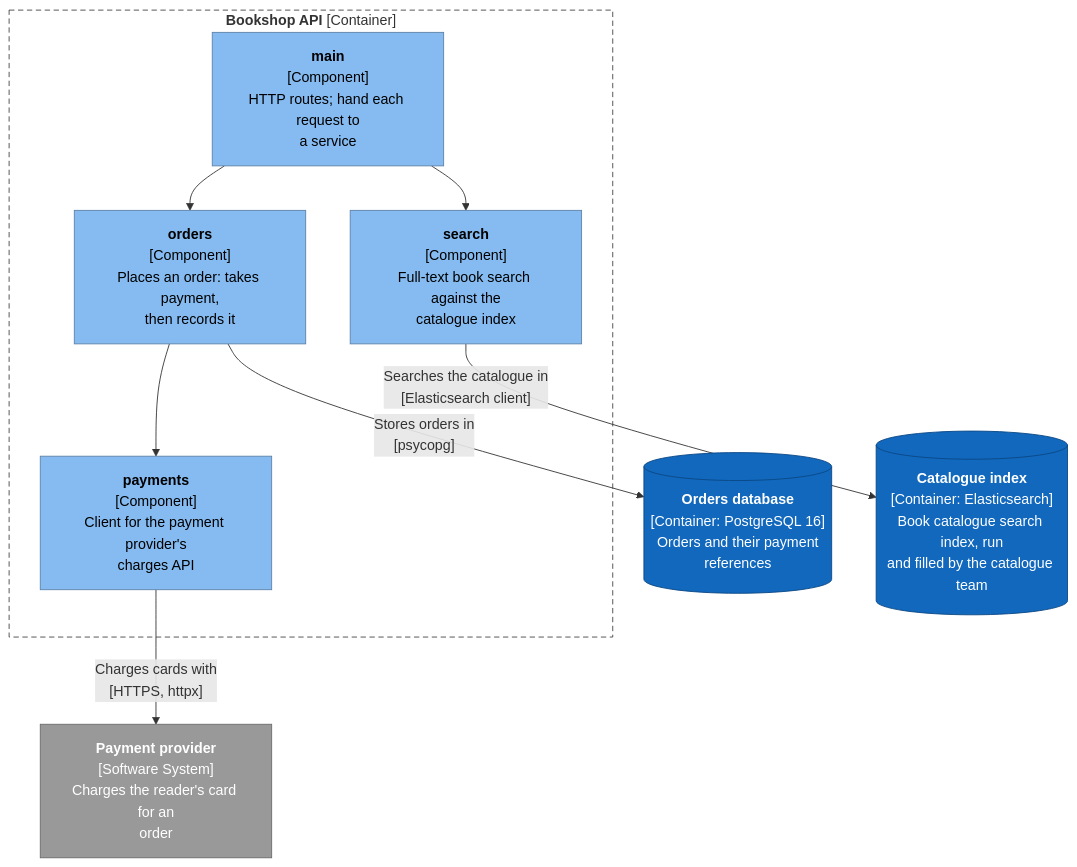
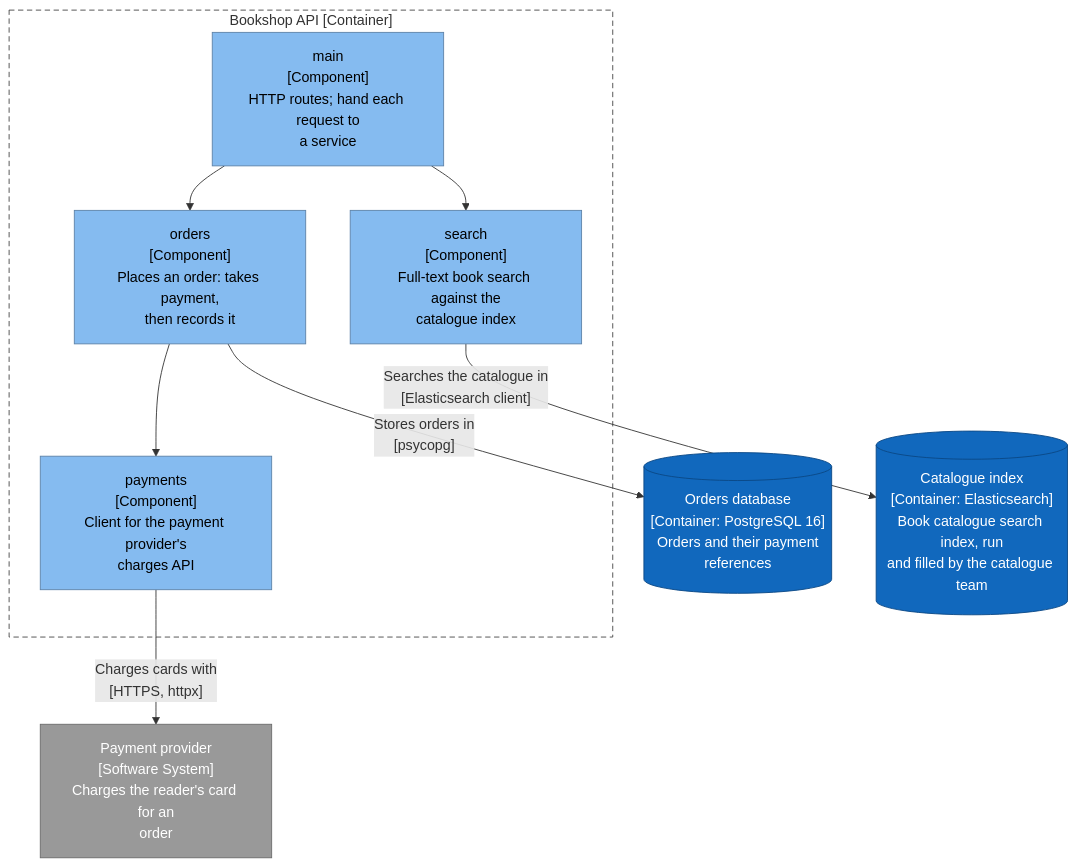
One commit to ythalorossy/architecture-skills changed the third of 8 diagrams in examples/bookshop/ArchitectureReport.md. Above: the diagram before and after it, drawn with Mermaid. The commit also changed other lines of this file and 51 other files, not shown here.

First line of the commit message:
fix(render): plain diagram labels keep the characters in code names

````diff
--- a/examples/bookshop/ArchitectureReport.md
+++ b/examples/bookshop/ArchitectureReport.md
@@ -164,52 +125,28 @@
 ```mermaid
 flowchart TB
-    subgraph boundary["`**Bookshop API** [Container]`"]
-        bookshop_main["`**main**
-[Component]
-HTTP routes; hand each request to
-a service`"]
-        bookshop_orders["`**orders**
-[Component]
-Places an order: takes payment,
-then records it`"]
-        bookshop_payments["`**payments**
-[Component]
-Client for the payment provider's
-charges API`"]
-        bookshop_search["`**search**
-[Component]
-Full-text book search against the
-catalogue index`"]
+    subgraph boundary["Bookshop API [Container]"]
+        bookshop_main["main<br/>[Component]<br/>HTTP routes; hand each request to<br/>a service"]
+        bookshop_orders["orders<br/>[Component]<br/>Places an order: takes payment,<br/>then records it"]
+        bookshop_payments["payments<br/>[Component]<br/>Client for the payment provider's<br/>charges API"]
+        bookshop_search["search<br/>[Component]<br/>Full-text book search against the<br/>catalogue index"]
     end
     bookshop_main --> bookshop_orders
     bookshop_main --> bookshop_search
     bookshop_orders --> bookshop_payments
-    db_elasticsearch[("`**Catalogue index**
-[Container: Elasticsearch]
-Book catalogue search index, run
-and filled by the catalogue team`")]
-    bookshop_search -->|"`Searches the catalogue in
-[Elasticsearch client]`"| db_elasticsearch
-    db_postgresql[("`**Orders database**
-[Container: PostgreSQL 16]
-Orders and their payment
-references`")]
-    bookshop_orders -->|"`Stores orders in
-[psycopg]`"| db_postgresql
-    ext_payments_example["`**Payment provider**
-[Software System]
-Charges the reader's card for an
-order`"]
-    bookshop_payments -->|"`Charges cards with
-[HTTPS, httpx]`"| ext_payments_example
+    db_elasticsearch[("Catalogue index<br/>[Container: Elasticsearch]<br/>Book catalogue search index, run<br/>and filled by the catalogue team")]
+    bookshop_search -->|"Searches the catalogue in<br/>[Elasticsearch client]"| db_elasticsearch
+    db_postgresql[("Orders database<br/>[Container: PostgreSQL 16]<br/>Orders and their payment<br/>references")]
+    bookshop_orders -->|"Stores orders in<br/>[psycopg]"| db_postgresql
+    ext_payments_example["Payment provider<br/>[Software System]<br/>Charges the reader's card for an<br/>order"]
+    bookshop_payments -->|"Charges cards with<br/>[HTTPS, httpx]"| ext_payments_example
     classDef person fill:#08427b,stroke:#052e56,color:#ffffff
     classDef container fill:#1168bd,stroke:#0b4884,color:#ffffff
     classDef system fill:#1168bd,stroke:#0b4884,color:#ffffff
     classDef component fill:#85bbf0,stroke:#5d82a8,color:#000000
     classDef external fill:#999999,stroke:#6b6b6b,color:#ffffff
     classDef shared fill:#dbe9f6,stroke:#5d82a8,color:#000000,stroke-dasharray:4 3
     class bookshop_main,bookshop_orders,bookshop_payments,bookshop_search component
     class db_elasticsearch,db_postgresql container
     class ext_payments_example external
     style boundary fill:none,stroke:#444444,stroke-dasharray:6 4
 ```
````
